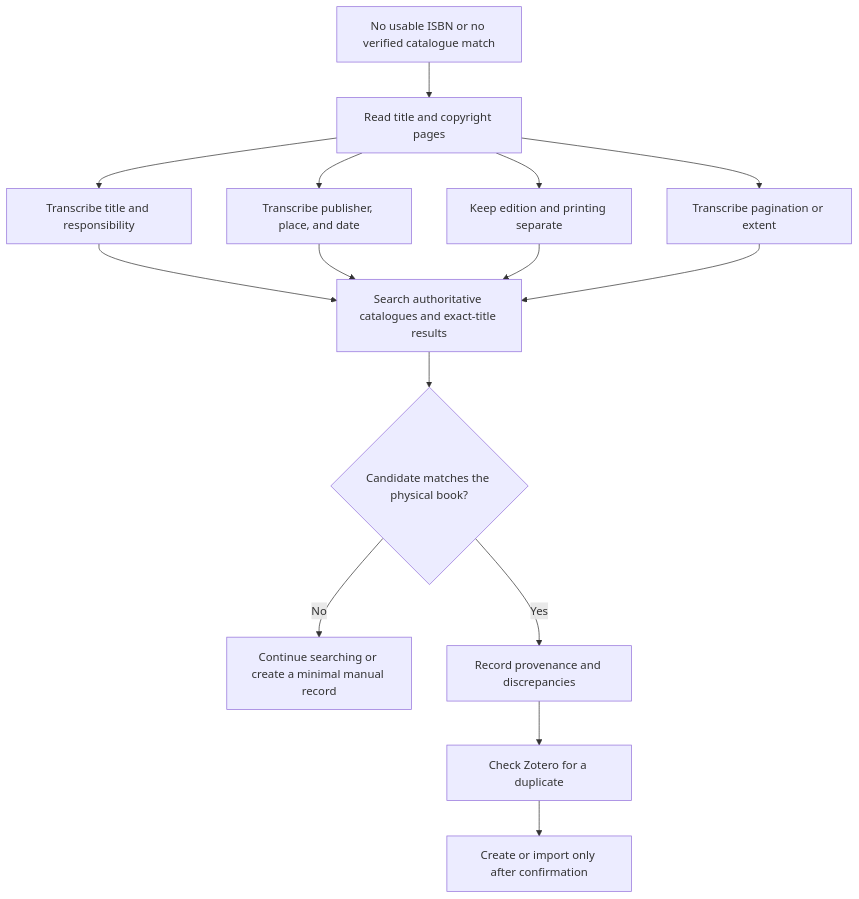
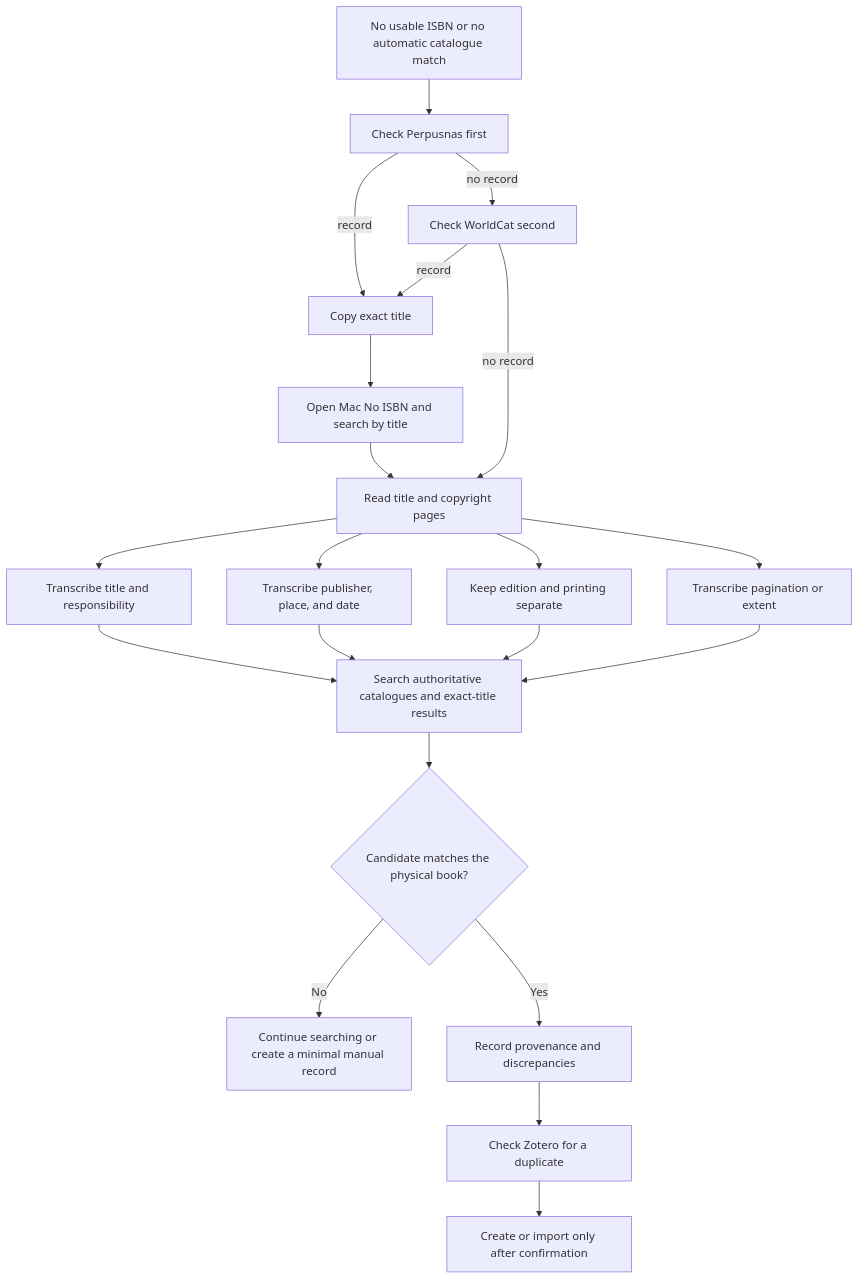
Before and after one commit to torotambun/isbn-to-zotero-public: the third of 3 diagrams in docs/WORKFLOWS.md, drawn with Mermaid. The commit also changed other lines of this file and 57 other files, not shown here.

Commit message:
Add Perpusnas fallback and Indonesian ISBN regression cases

````diff
--- a/docs/WORKFLOWS.md
+++ b/docs/WORKFLOWS.md
@@ -46,17 +54,23 @@
 ```mermaid
 flowchart TD
-    A[No usable ISBN or no verified catalogue match] --> B[Read title and copyright pages]
+    A[No usable ISBN or no automatic catalogue match] --> P[Check Perpusnas first]
+    P -->|record| PT[Copy exact title]
+    P -->|no record| W[Check WorldCat second]
+    W -->|record| PT
+    W -->|no record| B
+    PT --> MT[Open Mac No ISBN and search by title]
+    MT --> B[Read title and copyright pages]
     B --> C[Transcribe title and responsibility]
     B --> D[Transcribe publisher, place, and date]
     B --> E[Keep edition and printing separate]
     B --> F[Transcribe pagination or extent]
     C --> G[Search authoritative catalogues and exact-title results]
     D --> G
     E --> G
     F --> G
     G --> H{Candidate matches the physical book?}
     H -->|No| I[Continue searching or create a minimal manual record]
     H -->|Yes| J[Record provenance and discrepancies]
     J --> K[Check Zotero for a duplicate]
     K --> L[Create or import only after confirmation]
 ```
````
